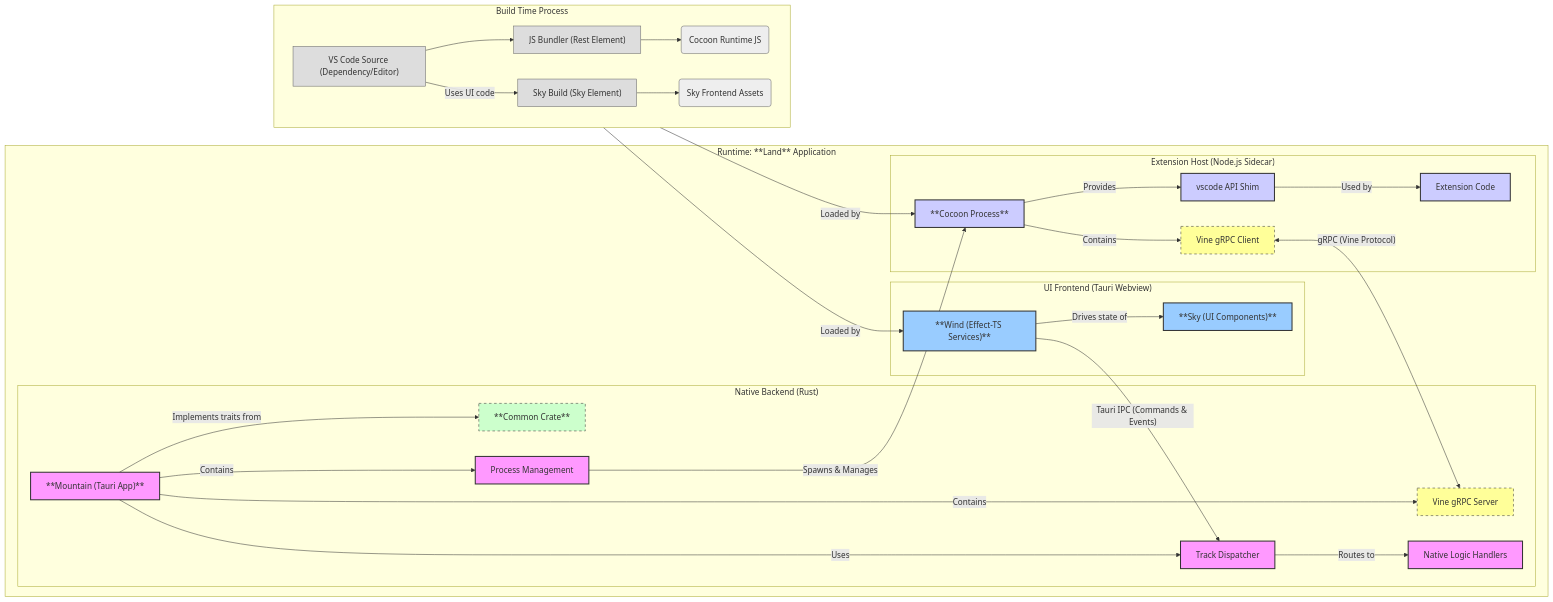
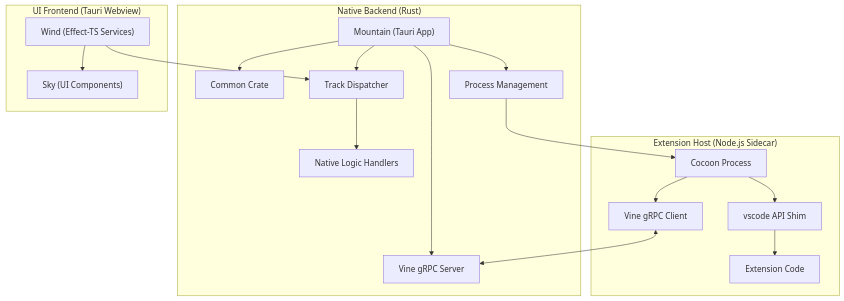
The ninth of 11 diagrams in README.md (CodeEditorLand/Land), drawn with Mermaid before and after one commit. The commit also changed other lines of this file and 28 other files, not shown here.

````diff
--- a/README.md
+++ b/README.md
@@ -1104,67 +1197,33 @@
 ```mermaid
-graph LR
-    classDef mountain fill:#f9f,stroke:#333,stroke-width:2px;
-    classDef cocoon fill:#ccf,stroke:#333,stroke-width:2px;
-    classDef wind fill:#9cf,stroke:#333,stroke-width:2px;
-    classDef common fill:#cfc,stroke:#333,stroke-width:1px,stroke-dasharray: 5 5;
-    classDef ipc fill:#ff9,stroke:#333,stroke-width:1px,stroke-dasharray: 5 5;
-    classDef build fill:#ddd,stroke:#666;
-    classDef data fill:#eee,stroke:#666;
-
-    subgraph "Build Time Process"
-        direction LR
-        VSCodeSource["VS Code Source (Dependency/Editor)"]:::build
-        RestBuild["JS Bundler (Rest Element)"]:::build
-        CocoonBundleJS(Cocoon Runtime JS):::data
-        SkyBuildProcess["Sky Build (Sky Element)"]:::build
-        SkyAssets(Sky Frontend Assets):::data
-
-        VSCodeSource --> RestBuild;
-        VSCodeSource -- Uses UI code --> SkyBuildProcess;
-        RestBuild --> CocoonBundleJS;
-        SkyBuildProcess --> SkyAssets;
+graph TB
+    subgraph Native["Native Backend (Rust)"]
+        Mountain["Mountain (Tauri App)"]
+        CommonCrate["Common Crate"]
+        TrackDispatcher["Track Dispatcher"]
+        VineGRPCServer["Vine gRPC Server"]
+        NativeHandlers["Native Logic Handlers"]
+        ProcessMgmt["Process Management"]
     end
-
-    subgraph "Runtime: **Land** Application"
-        subgraph "Native Backend (Rust)"
-            Mountain["**Mountain (Tauri App)**"]:::mountain
-            CommonCrate[**Common Crate**]:::common
-            TrackDispatcher[Track Dispatcher]:::mountain
-            VineGRPCServer[Vine gRPC Server]:::mountain
-            NativeHandlers["Native Logic Handlers"]:::mountain
-            ProcessMgmt["Process Management"]:::mountain
-
-            Mountain -- Uses --> TrackDispatcher
-            TrackDispatcher -- Routes to --> NativeHandlers
-            Mountain -- Implements traits from --> CommonCrate
-            Mountain -- Contains --> VineGRPCServer
-            Mountain -- Contains --> ProcessMgmt
-        end
-
-        subgraph "UI Frontend (Tauri Webview)"
-            WindServices["**Wind (Effect-TS Services)**"]:::wind
-            SkyUI["**Sky (UI Components)**"]:::wind
-            WindServices -- Drives state of --> SkyUI
-        end
-
-        subgraph "Extension Host (Node.js Sidecar)"
-            Cocoon[**Cocoon Process**]:::cocoon
-            VineGRPCClient[Vine gRPC Client]:::cocoon
-            VSCodeAPI[vscode API Shim]:::cocoon
-            Extension["Extension Code"]:::cocoon
-
-            Cocoon -- Contains --> VineGRPCClient
-            Cocoon -- Provides --> VSCodeAPI
-            VSCodeAPI -- Used by --> Extension
-        end
-
-        ProcessMgmt -- Spawns & Manages --> Cocoon
-
-        WindServices -- Tauri IPC (Commands & Events) --> TrackDispatcher
-        VineGRPCClient -- gRPC (Vine Protocol) <--> VineGRPCServer; class VineGRPCClient,VineGRPCServer ipc;
-
+    subgraph UI["UI Frontend (Tauri Webview)"]
+        WindServices["Wind (Effect-TS Services)"]
+        SkyUI["Sky (UI Components)"]
     end
-
-    CocoonBundleJS -- Loaded by --> Cocoon;
-    SkyAssets -- Loaded by --> WindServices;
+    subgraph Host["Extension Host (Node.js Sidecar)"]
+        Cocoon["Cocoon Process"]
+        VineGRPCClient["Vine gRPC Client"]
+        VSCodeAPI["vscode API Shim"]
+        Extension["Extension Code"]
+    end
+    Mountain --> TrackDispatcher
+    TrackDispatcher --> NativeHandlers
+    Mountain --> CommonCrate
+    Mountain --> VineGRPCServer
+    Mountain --> ProcessMgmt
+    WindServices --> SkyUI
+    ProcessMgmt --> Cocoon
+    WindServices --> TrackDispatcher
+    VineGRPCClient <--> VineGRPCServer
+    Cocoon --> VineGRPCClient
+    Cocoon --> VSCodeAPI
+    VSCodeAPI --> Extension
 ```
````
